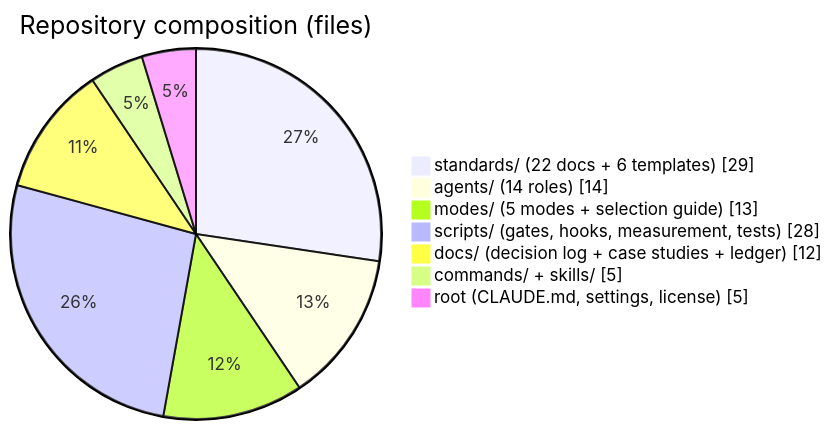
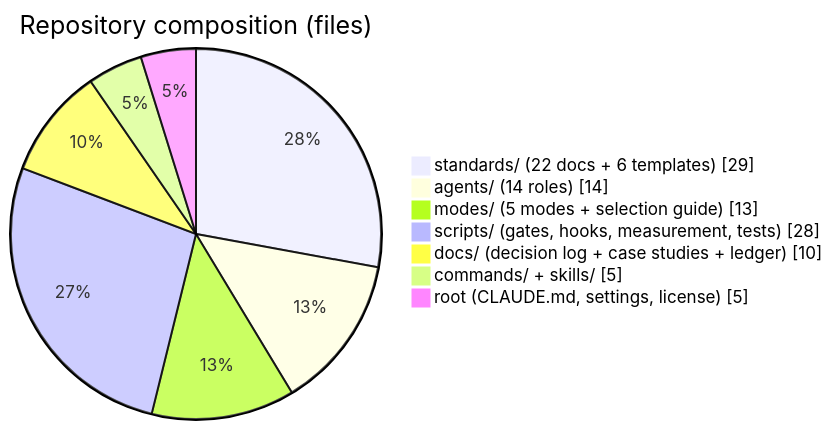
Before and after one commit to adyusuf/claude-code-standards: the first of 2 diagrams in README.md, drawn with Mermaid.

Commit message:
fix(readme): docs/ file count in the composition chart is 10, not 12

````diff
--- a/README.md
+++ b/README.md
@@ -18,10 +18,10 @@
 ```mermaid
 pie showData title Repository composition (files)
  "standards/ (22 docs + 6 templates)" : 29
  "agents/ (14 roles)" : 14
  "modes/ (5 modes + selection guide)" : 13
  "scripts/ (gates, hooks, measurement, tests)" : 28
- "docs/ (decision log + case studies + ledger)" : 12
+ "docs/ (decision log + case studies + ledger)" : 10
  "commands/ + skills/" : 5
  "root (CLAUDE.md, settings, license)" : 5
 ```
````
